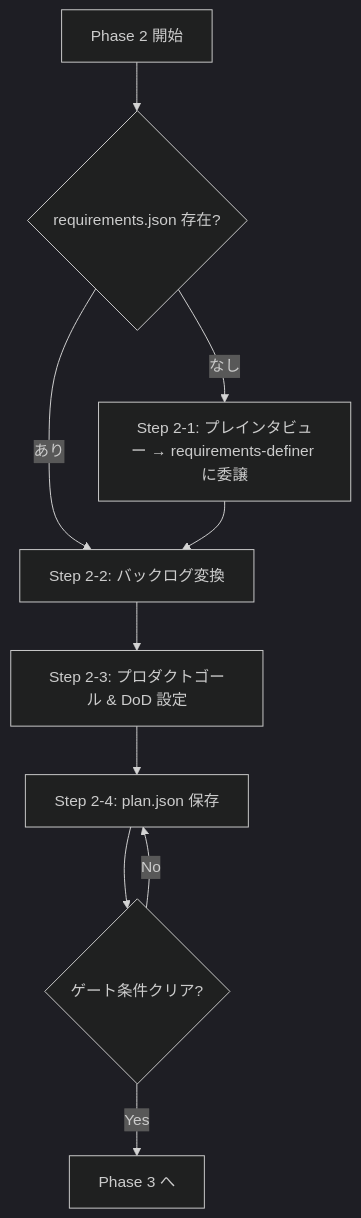
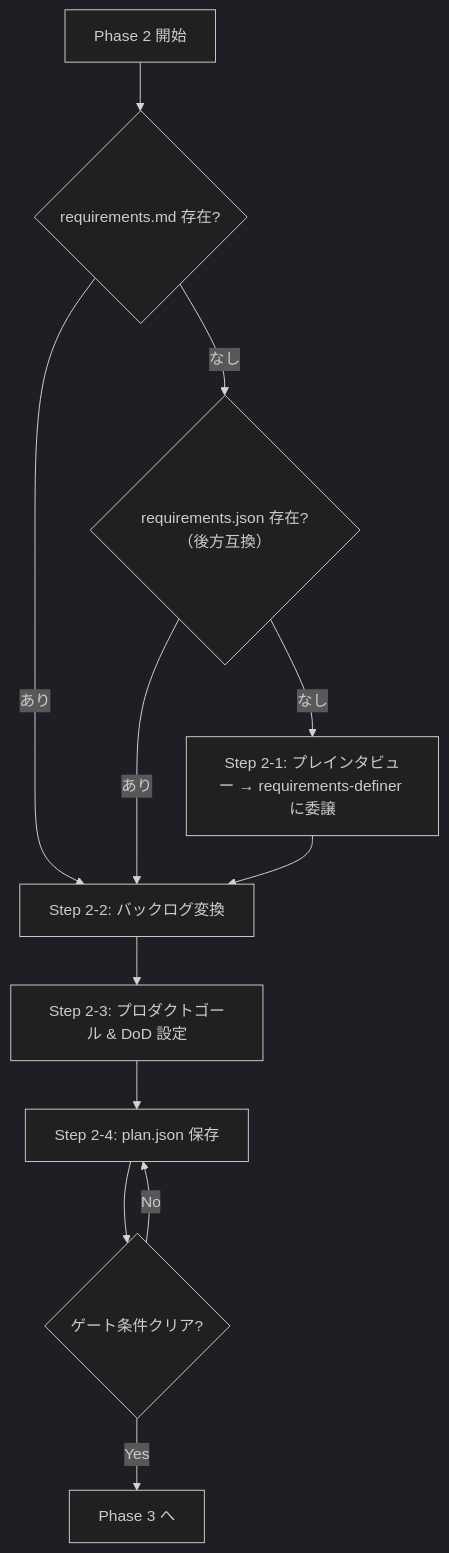
The diagram in .github/skills/scrum-master/references/phase-2-backlog.md (ynitto/sandbox), drawn with Mermaid (dark theme) before and after one commit. The commit also changed other lines of this file and 3 other files, not shown here.

First line of the commit message:
improve requirements-definer: phase structure, ambiguity scoring, markdown output

````diff
--- a/.github/skills/scrum-master/references/phase-2-backlog.md
+++ b/.github/skills/scrum-master/references/phase-2-backlog.md
@@ -7,12 +7,14 @@
 ```mermaid
 flowchart TD
-    A[Phase 2 開始] --> B{requirements.json 存在?}
+    A[Phase 2 開始] --> B{requirements.md 存在?}
     B -- あり --> C[Step 2-2: バックログ変換]
-    B -- なし --> D[Step 2-1: プレインタビュー → requirements-definer に委譲]
+    B -- なし --> B2{requirements.json 存在?（後方互換）}
+    B2 -- あり --> C
+    B2 -- なし --> D[Step 2-1: プレインタビュー → requirements-definer に委譲]
     D --> C
     C --> E[Step 2-3: プロダクトゴール & DoD 設定]
     E --> F[Step 2-4: plan.json 保存]
     F --> G{ゲート条件クリア?}
     G -- Yes --> H[Phase 3 へ]
     G -- No --> F
 ```
````
